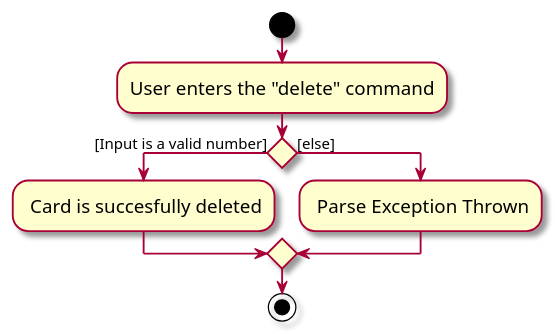
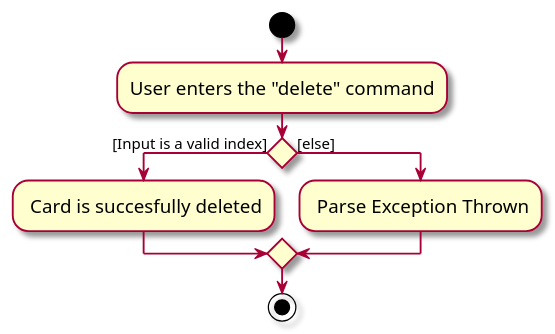
One commit to nus-cs2103-AY2324S1/tp changed the diagram in docs/diagrams/DeleteCommandActivityDiagram.puml. Above: the diagram before and after it, drawn with PlantUML. The commit also changed 12 other files, not shown here.

Commit message:
Fix developer guide diagrams

```diff
--- a/docs/diagrams/DeleteCommandActivityDiagram.puml
+++ b/docs/diagrams/DeleteCommandActivityDiagram.puml
@@ -1,16 +1,16 @@
 @startuml
 skin rose
 skinparam ActivityFontSize 15
 skinparam ArrowFontSize 12
 start
 :User enters the "delete" command;
 
 
-if () then ([Input is a valid number])
+if () then ([Input is a valid index])
     : Card is succesfully deleted;
 
 else ([else])
     : Parse Exception Thrown;
 endif
 stop
 @enduml
```
